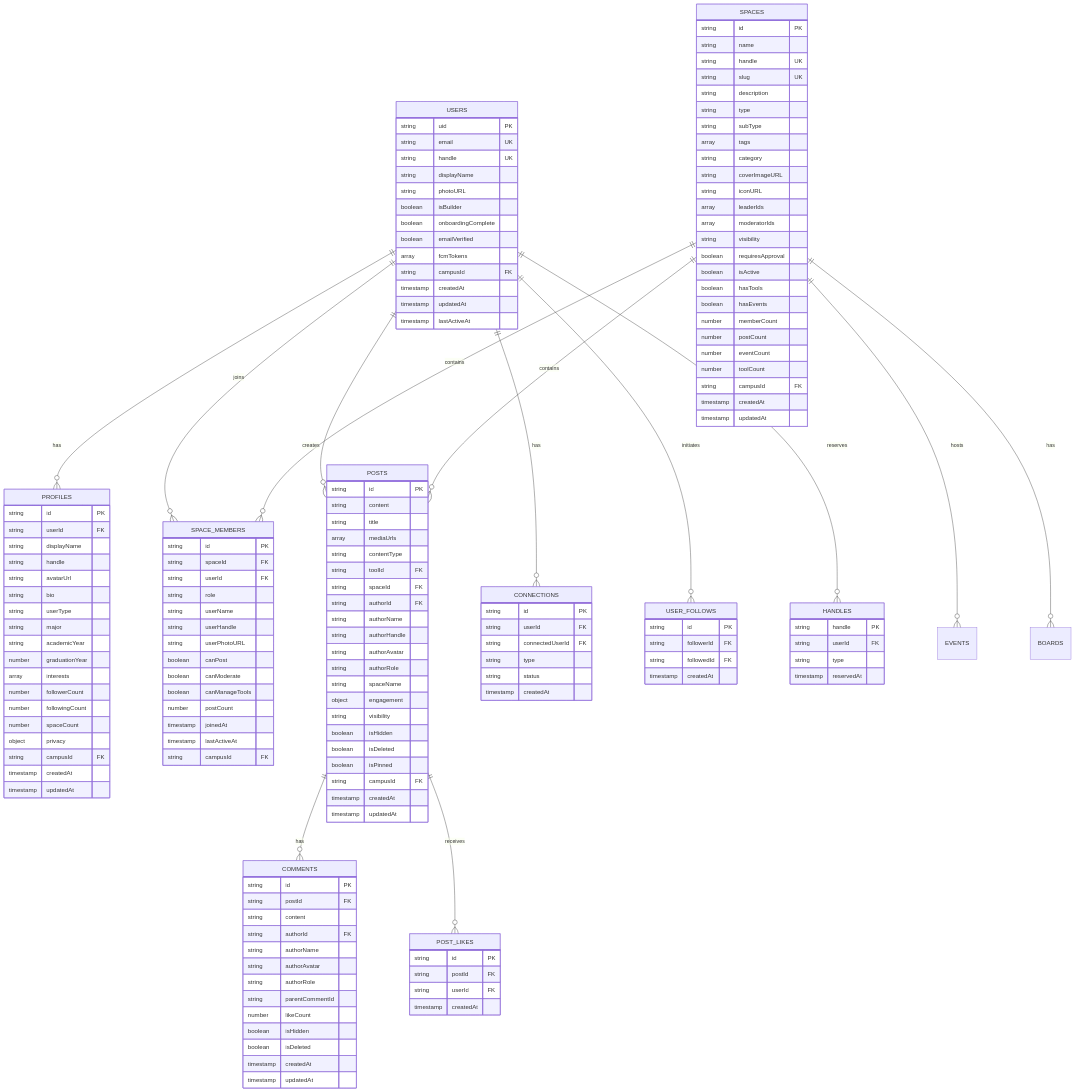
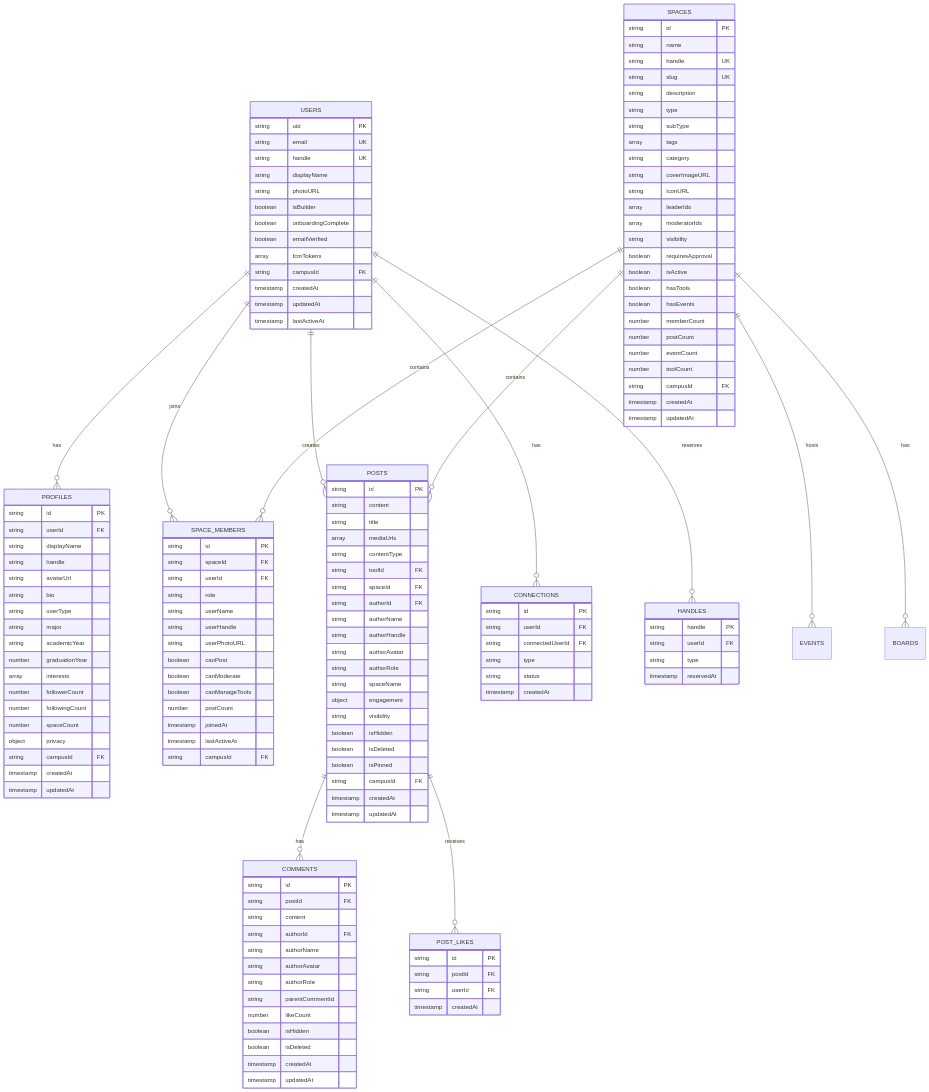
The first of 11 diagrams in docs/ERD.md (rhinehart514/HIVE_OFFICIAL), drawn with Mermaid before and after one commit. The commit also changed other lines of this file, not shown here.

First line of the commit message:
docs: Fix ERD quality issues

````diff
--- a/docs/ERD.md
+++ b/docs/ERD.md
@@ -23,7 +23,6 @@
     USERS ||--o{ SPACE_MEMBERS : joins
     USERS ||--o{ POSTS : creates
     USERS ||--o{ CONNECTIONS : has
-    USERS ||--o{ USER_FOLLOWS : initiates
     USERS ||--o{ HANDLES : reserves
 
     SPACES ||--o{ SPACE_MEMBERS : contains
@@ -178,11 +177,4 @@
         string type
         timestamp reservedAt
     }
-
-    USER_FOLLOWS {
-        string id PK
-        string followerId FK
-        string followedId FK
-        timestamp createdAt
-    }
 ```
````
